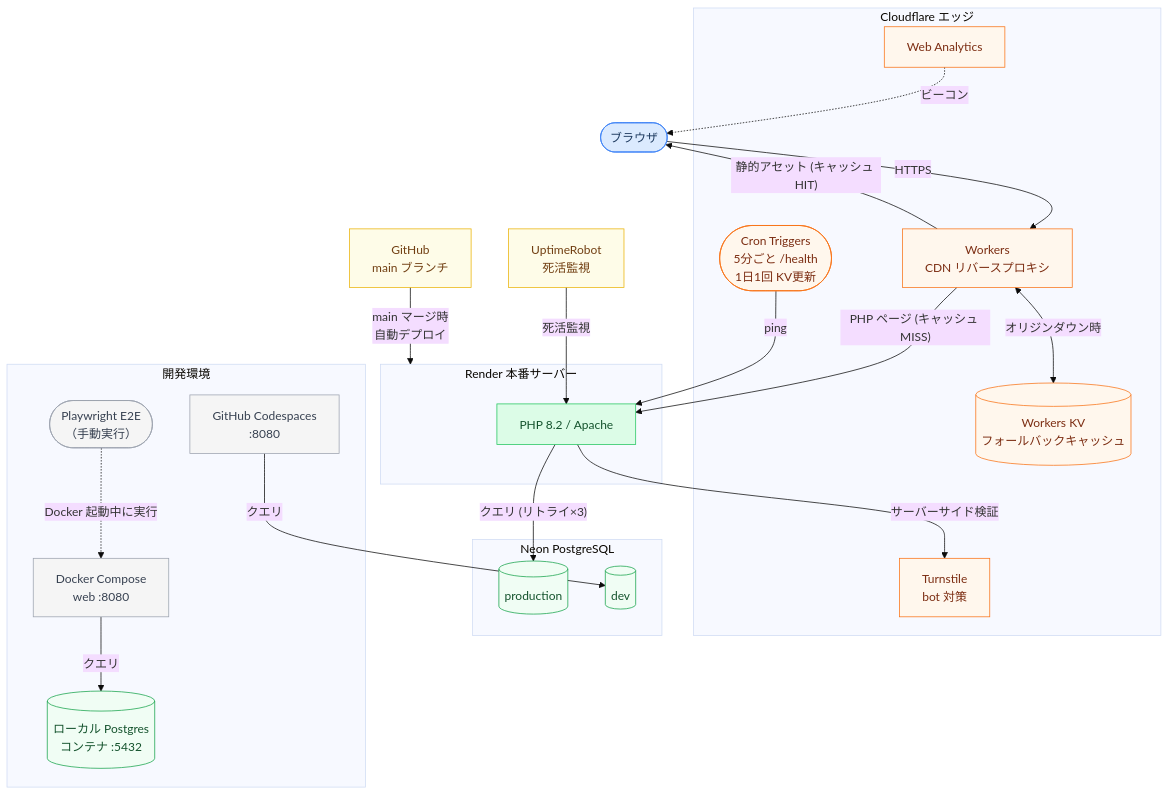
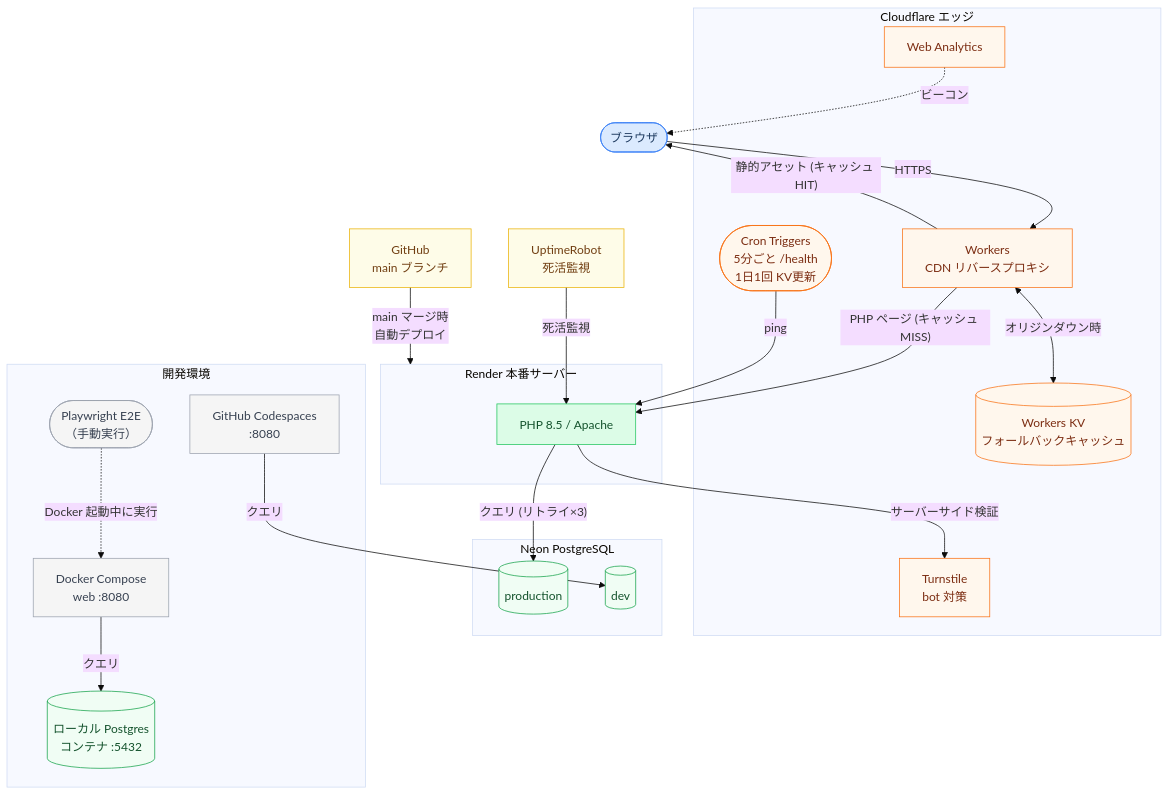
Before and after one commit to aokyun1031/jantama_records_dev: the diagram in README.md, drawn with Mermaid (base theme). The commit also changed other lines of this file and 3 other files, not shown here.

````diff
--- a/README.md
+++ b/README.md
@@ -70,56 +70,56 @@
 ```mermaid
 graph TB
     classDef userStyle   fill:#dbeafe,stroke:#3b82f6,color:#1e3a5f
     classDef cfStyle     fill:#fff7ed,stroke:#f97316,color:#7c2d12
     classDef serverStyle fill:#dcfce7,stroke:#22c55e,color:#14532d
     classDef dbStyle     fill:#f0fdf4,stroke:#16a34a,color:#14532d
     classDef devStyle    fill:#f5f5f5,stroke:#9ca3af,color:#374151
     classDef deployStyle fill:#fefce8,stroke:#eab308,color:#713f12
 
     Browser(["ブラウザ"]):::userStyle
 
     subgraph CF["Cloudflare エッジ"]
         Workers["Workers\nCDN リバースプロキシ"]:::cfStyle
         KV[("Workers KV\nフォールバックキャッシュ")]:::cfStyle
         Cron(["Cron Triggers\n5分ごと /health\n1日1回 KV更新"]):::cfStyle
         Turnstile["Turnstile\nbot 対策"]:::cfStyle
         Analytics["Web Analytics"]:::cfStyle
     end
 
     subgraph App["Render 本番サーバー"]
-        PHP["PHP 8.2 / Apache"]:::serverStyle
+        PHP["PHP 8.5 / Apache"]:::serverStyle
     end
 
     subgraph DB["Neon PostgreSQL"]
         Prod[("production")]:::dbStyle
         Dev[("dev")]:::dbStyle
     end
 
     subgraph DevEnv["開発環境"]
         Codespaces["GitHub Codespaces\n:8080"]:::devStyle
         Docker["Docker Compose\nweb :8080"]:::devStyle
         LocalPg[("ローカル Postgres\nコンテナ :5432")]:::dbStyle
         E2E(["Playwright E2E\n（手動実行）"]):::devStyle
     end
 
     GitHub["GitHub\nmain ブランチ"]:::deployStyle
     Monitor["UptimeRobot\n死活監視"]:::deployStyle
 
     Browser -->|"HTTPS"| Workers
     Workers -->|"静的アセット (キャッシュ HIT)"| Browser
     Workers -->|"PHP ページ (キャッシュ MISS)"| PHP
     Workers <-->|"オリジンダウン時"| KV
 
     Cron -->|"ping"| PHP
     Analytics -. "ビーコン" .-> Browser
     PHP -->|"サーバーサイド検証"| Turnstile
 
     PHP -->|"クエリ (リトライ×3)"| Prod
     Codespaces -->|"クエリ"| Dev
     Docker -->|"クエリ"| LocalPg
 
     GitHub -->|"main マージ時\n自動デプロイ"| App
     Monitor -->|"死活監視"| PHP
 
     E2E -. "Docker 起動中に実行" .-> Docker
 ```
````
